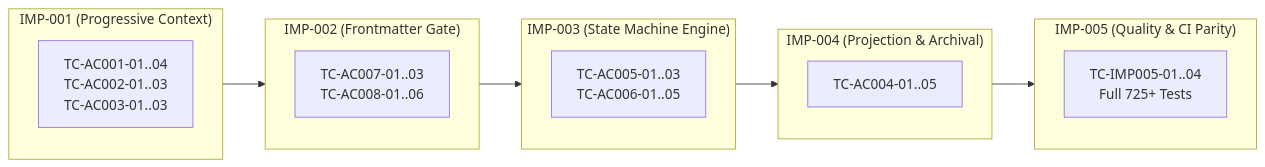
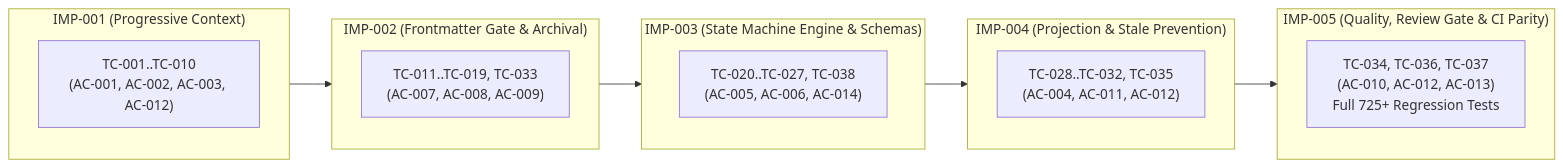
One commit to chakrits/AI-Agent-Workflow changed the diagram in docs/records/qa/2026-09-11-issue-272-test-plan.md. Above: the diagram before and after it, drawn with Mermaid. The commit also changed other lines of this file, not shown here.

````diff
--- a/docs/records/qa/2026-09-11-issue-272-test-plan.md
+++ b/docs/records/qa/2026-09-11-issue-272-test-plan.md
@@ -208,20 +225,20 @@
 ```mermaid
 flowchart LR
     subgraph IMP001["IMP-001 (Progressive Context)"]
-        TC1["TC-AC001-01..04\nTC-AC002-01..03\nTC-AC003-01..03"]
+        TC1["TC-001..TC-010\n(AC-001, AC-002, AC-003, AC-012)"]
     end
-    subgraph IMP002["IMP-002 (Frontmatter Gate)"]
-        TC2["TC-AC007-01..03\nTC-AC008-01..06"]
+    subgraph IMP002["IMP-002 (Frontmatter Gate & Archival)"]
+        TC2["TC-011..TC-019, TC-033\n(AC-007, AC-008, AC-009)"]
     end
-    subgraph IMP003["IMP-003 (State Machine Engine)"]
-        TC3["TC-AC005-01..03\nTC-AC006-01..05"]
+    subgraph IMP003["IMP-003 (State Machine Engine & Schemas)"]
+        TC3["TC-020..TC-027, TC-038\n(AC-005, AC-006, AC-014)"]
     end
-    subgraph IMP004["IMP-004 (Projection & Archival)"]
-        TC4["TC-AC004-01..05"]
+    subgraph IMP004["IMP-004 (Projection & Stale Prevention)"]
+        TC4["TC-028..TC-032, TC-035\n(AC-004, AC-011, AC-012)"]
     end
-    subgraph IMP005["IMP-005 (Quality & CI Parity)"]
-        TC5["TC-IMP005-01..04\nFull 725+ Tests"]
+    subgraph IMP005["IMP-005 (Quality, Review Gate & CI Parity)"]
+        TC5["TC-034, TC-036, TC-037\n(AC-010, AC-012, AC-013)\nFull 725+ Regression Tests"]
     end
 
     IMP001 --> IMP002 --> IMP003 --> IMP004 --> IMP005
 ```
````
